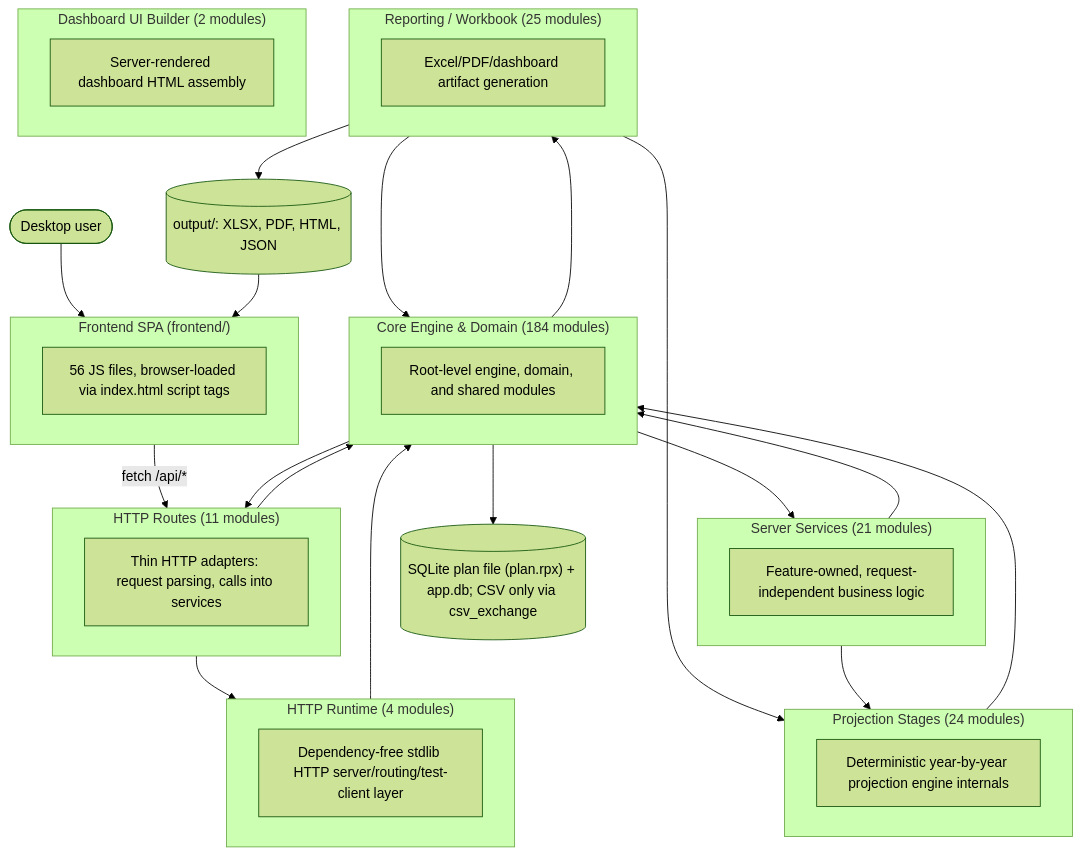
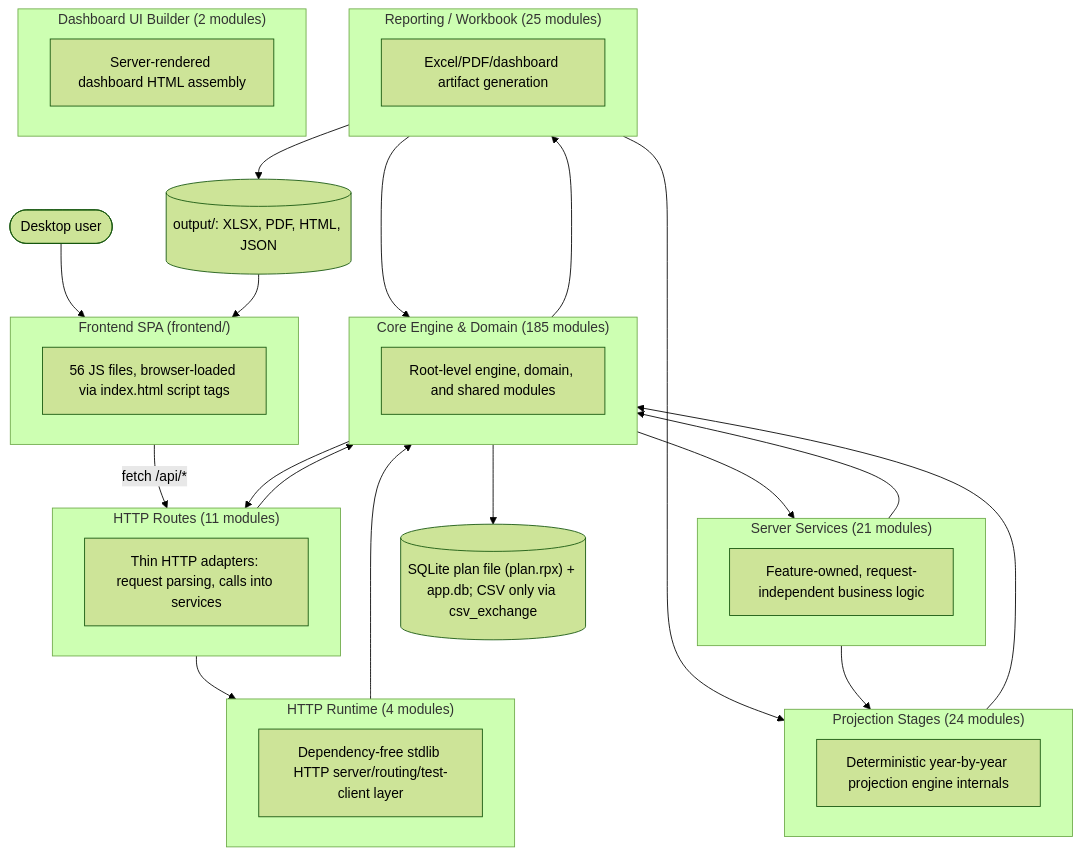
The first of 2 diagrams in documentation/reference/SYSTEM_ARCHITECTURE_DIAGRAM.md (matthartzman/retirement_system), drawn with Mermaid (forest theme) before and after one commit. The commit also changed other lines of this file and 10 other files, not shown here.

First line of the commit message:
Sales ledger 1.1: v17 schema (realized_sales, sale_candidates, realized_adjustments) and SalesRepo

````diff
--- a/documentation/reference/SYSTEM_ARCHITECTURE_DIAGRAM.md
+++ b/documentation/reference/SYSTEM_ARCHITECTURE_DIAGRAM.md
@@ -11,43 +11,43 @@
 ```mermaid
 flowchart TB
     User(["Desktop user"]) --> FE
     subgraph FE["Frontend SPA (frontend/)"]
         FEcount["56 JS files, browser-loaded via index.html script tags"]
     end
     FE -->|fetch /api/*| L_HTTP_Routes
     subgraph L_HTTP_Routes["HTTP Routes (11 modules)"]
         L_HTTP_Routes_d["Thin HTTP adapters: request parsing, calls into services"]
     end
     subgraph L_Server_Services["Server Services (21 modules)"]
         L_Server_Services_d["Feature-owned, request-independent business logic"]
     end
     subgraph L_HTTP_Runtime["HTTP Runtime (4 modules)"]
         L_HTTP_Runtime_d["Dependency-free stdlib HTTP server/routing/test-client layer"]
     end
-    subgraph L_Core_Engine___Domain["Core Engine & Domain (184 modules)"]
+    subgraph L_Core_Engine___Domain["Core Engine & Domain (185 modules)"]
         L_Core_Engine___Domain_d["Root-level engine, domain, and shared modules"]
     end
     subgraph L_Projection_Stages["Projection Stages (24 modules)"]
         L_Projection_Stages_d["Deterministic year-by-year projection engine internals"]
     end
     subgraph L_Reporting___Workbook["Reporting / Workbook (25 modules)"]
         L_Reporting___Workbook_d["Excel/PDF/dashboard artifact generation"]
     end
     subgraph L_Dashboard_UI_Builder["Dashboard UI Builder (2 modules)"]
         L_Dashboard_UI_Builder_d["Server-rendered dashboard HTML assembly"]
     end
     L_Core_Engine___Domain --> L_HTTP_Routes
     L_Core_Engine___Domain --> L_Reporting___Workbook
     L_Core_Engine___Domain --> L_Server_Services
     L_HTTP_Routes --> L_Core_Engine___Domain
     L_HTTP_Routes --> L_HTTP_Runtime
     L_HTTP_Runtime --> L_Core_Engine___Domain
     L_Projection_Stages --> L_Core_Engine___Domain
     L_Reporting___Workbook --> L_Core_Engine___Domain
     L_Reporting___Workbook --> L_Projection_Stages
     L_Server_Services --> L_Core_Engine___Domain
     L_Server_Services --> L_Projection_Stages
     L_Core_Engine___Domain --> DB[("SQLite plan file (plan.rpx) + app.db; CSV only via csv_exchange")]
     L_Reporting___Workbook --> Outputs[("output/: XLSX, PDF, HTML, JSON")]
     Outputs --> FE
 ```
````
